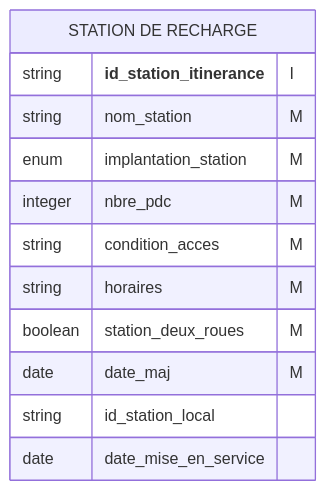
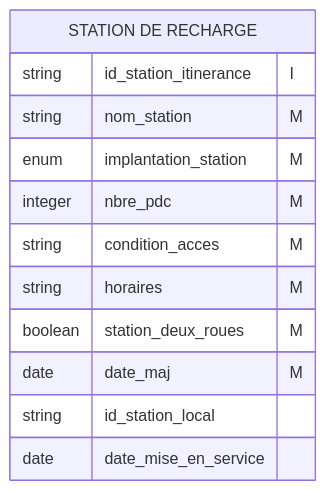
Before and after one commit to MTES-MCT/qualicharge: diagram 12 of 16 in docs/modele.md, drawn with Mermaid. The commit also changed other lines of this file, not shown here.

Commit message:
remove MD into mermais diagram

````diff
--- a/docs/modele.md
+++ b/docs/modele.md
@@ -260,15 +260,15 @@
 ```mermaid
 erDiagram
 "STATION DE RECHARGE" {
-  string  **id_station_itinerance** "I"
+  string  id_station_itinerance "I"
   string  nom_station "M"
   enum    implantation_station "M"
   integer nbre_pdc "M"
   string  condition_acces "M"
   string  horaires "M"
   boolean station_deux_roues "M"
   date    date_maj "M"
   string  id_station_local
   date    date_mise_en_service 
   }
 ```
````
